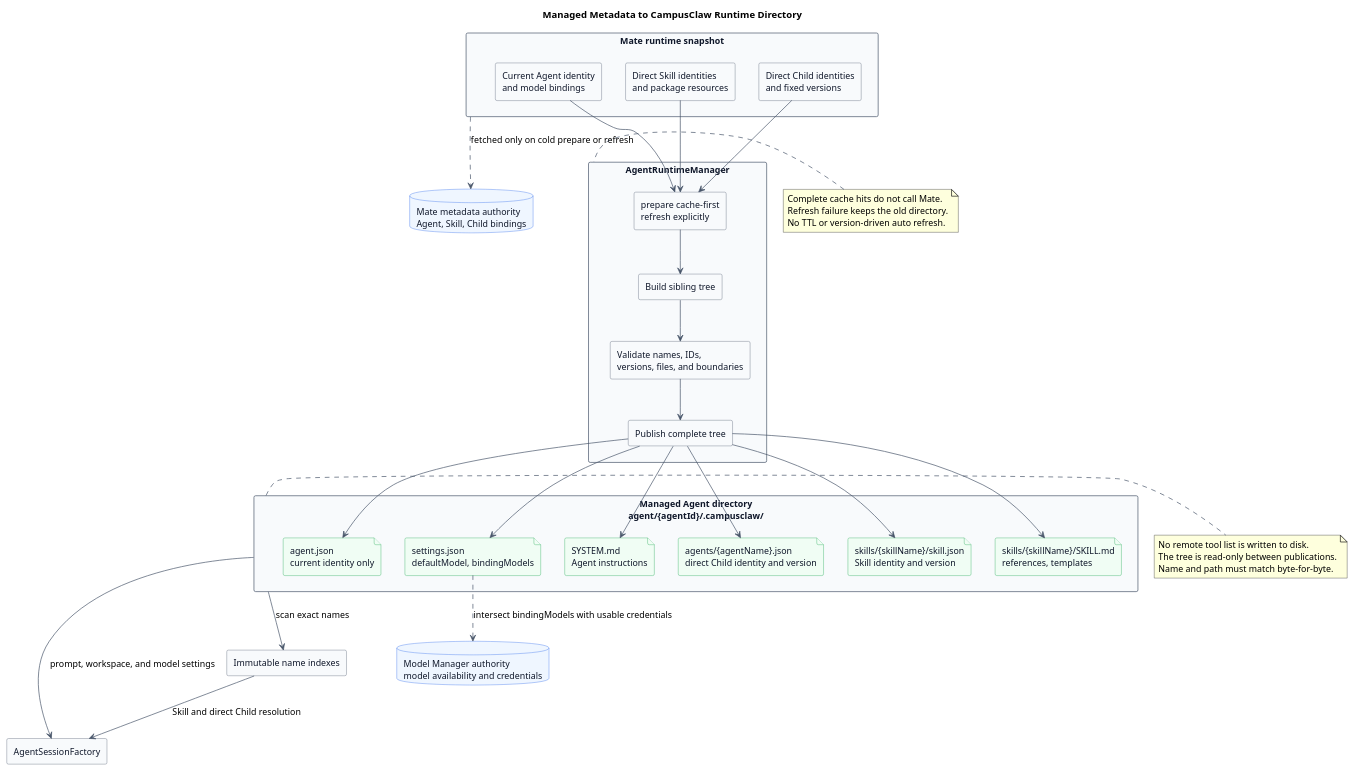
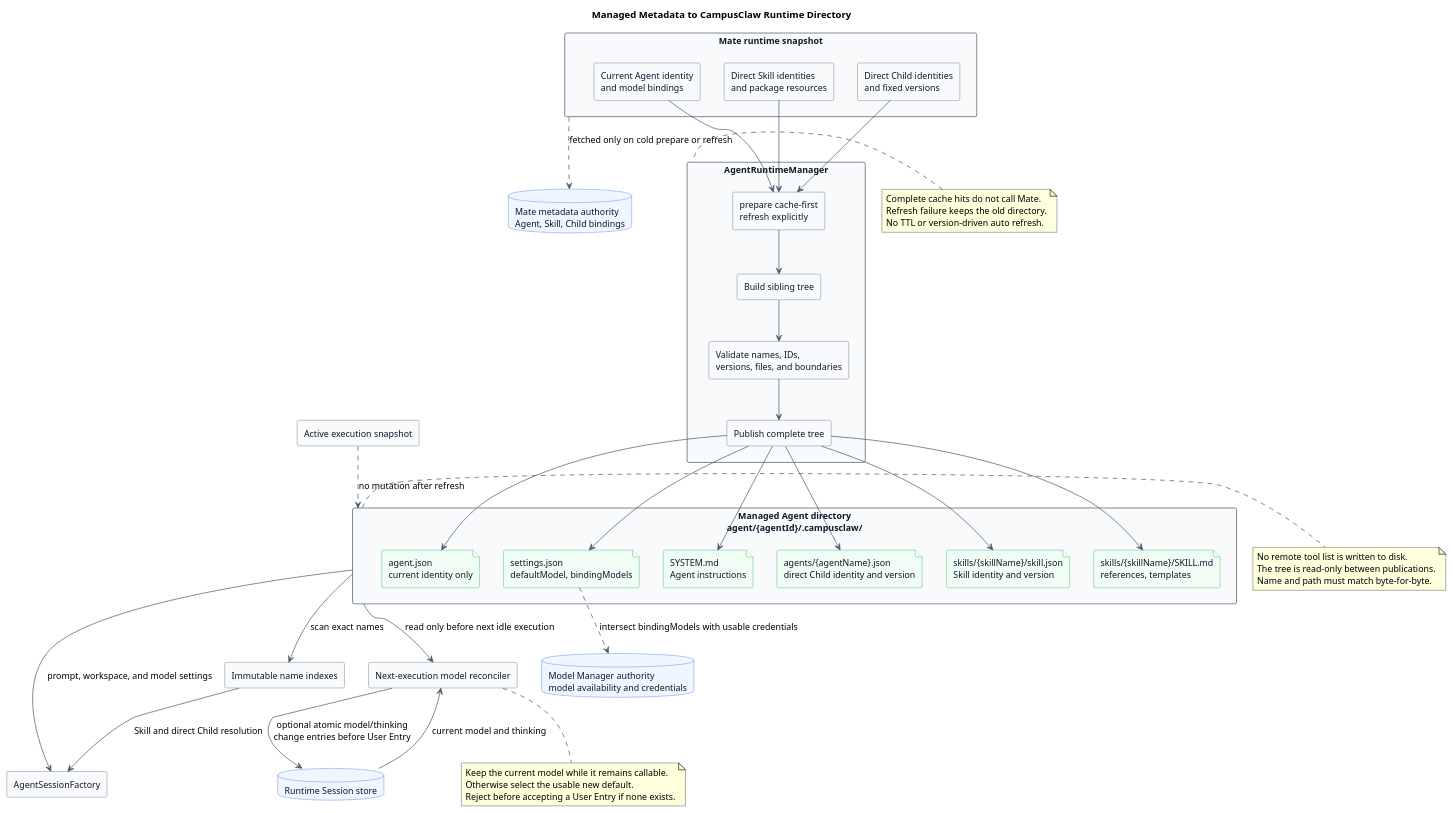
Before and after one commit to ssm0808/pi-mono-java-design: the diagram in pi-mono-java-manager-driven-multi-agent-runtime/diagrams/metadata/diagram.puml, drawn with PlantUML. The commit also changed 36 other files, not shown here.

Commit message:
docs(runtime): 修订 TUI 删除边界与公共 Session 能力

```diff
--- a/pi-mono-java-manager-driven-multi-agent-runtime/diagrams/metadata/diagram.puml
+++ b/pi-mono-java-manager-driven-multi-agent-runtime/diagrams/metadata/diagram.puml
@@ -1,90 +1,104 @@
 @startuml metadata_runtime_directory_mapping
 title Managed Metadata to CampusClaw Runtime Directory
 
-' Source evidence (CampusClaw d649866a6cae967ace18ceaeb9597edd47e5721e):
+' Source evidence (CampusClaw PR 167 f60cc3e78bb8b700527ac082c7c8e10524ede095):
 ' modules/coding-agent-cli/src/main/java/com/campusclaw/codingagent/runtime/AgentRuntimeManager.java, prepare and materialize.
 ' modules/coding-agent-cli/src/main/java/com/campusclaw/codingagent/runtimeapi/agent/FileAgentDirectoryResolver.java, resolve.
 ' Observed behavior: the Java baseline has two file contracts and materializes the legacy CLI tree in place.
 ' Architecture change: one managed tree serves Runtime, Cron, and Child entry points.
 ' Security hardening: a complete sibling tree is validated before publication.
 ' Design reason: sessions consume immutable identity indexes and never persist remote tool lists.
+' Architecture change: refresh publishes metadata only; the next idle execution reconciles its model.
 
 skinparam backgroundColor #FFFFFF
 skinparam shadowing false
 skinparam defaultFontName Arial
 skinparam defaultFontSize 13
 skinparam rectangle {
   BackgroundColor #F8FAFC
   BorderColor #475569
   FontColor #0F172A
 }
 skinparam database {
   BackgroundColor #EFF6FF
   BorderColor #2563EB
   FontColor #0F172A
 }
 skinparam file {
   BackgroundColor #F0FDF4
   BorderColor #16A34A
   FontColor #0F172A
 }
 skinparam ArrowColor #475569
 
 rectangle "Mate runtime snapshot" as Input {
   rectangle "Current Agent identity\nand model bindings" as AgentMetadata
   rectangle "Direct Skill identities\nand package resources" as SkillMetadata
   rectangle "Direct Child identities\nand fixed versions" as ChildMetadata
 }
 
 rectangle "AgentRuntimeManager" as Manager {
   rectangle "prepare cache-first\nrefresh explicitly" as Resolve
   rectangle "Build sibling tree" as Build
   rectangle "Validate names, IDs,\nversions, files, and boundaries" as Validate
   rectangle "Publish complete tree" as Publish
 }
 
 rectangle "Managed Agent directory\nagent/{agentId}/.campusclaw/" as AgentDirectory {
   file "agent.json\ncurrent identity only" as AgentFile
   file "settings.json\ndefaultModel, bindingModels" as SettingsFile
   file "SYSTEM.md\nAgent instructions" as SystemFile
   file "agents/{agentName}.json\ndirect Child identity and version" as ChildFile
   file "skills/{skillName}/skill.json\nSkill identity and version" as SkillIdentityFile
   file "skills/{skillName}/SKILL.md\nreferences, templates" as SkillPackage
 }
 
 database "Mate metadata authority\nAgent, Skill, Child bindings" as MateAuthority
 database "Model Manager authority\nmodel availability and credentials" as ModelManager
 rectangle "AgentSessionFactory" as SessionFactory
 rectangle "Immutable name indexes" as Indexes
+database "Runtime Session store" as SessionStore
+rectangle "Next-execution model reconciler" as Reconciler
+rectangle "Active execution snapshot" as ActiveSnapshot
 
 AgentMetadata --> Resolve
 SkillMetadata --> Resolve
 ChildMetadata --> Resolve
 Resolve --> Build
 Build --> Validate
 Validate --> Publish
 Publish --> AgentFile
 Publish --> SettingsFile
 Publish --> SystemFile
 Publish --> ChildFile
 Publish --> SkillIdentityFile
 Publish --> SkillPackage
 
 Input ..> MateAuthority : fetched only on cold prepare or refresh
 SettingsFile ..> ModelManager : intersect bindingModels with usable credentials
 AgentDirectory --> Indexes : scan exact names
 Indexes --> SessionFactory : Skill and direct Child resolution
 AgentDirectory --> SessionFactory : prompt, workspace, and model settings
+AgentDirectory --> Reconciler : read only before next idle execution
+SessionStore --> Reconciler : current model and thinking
+Reconciler --> SessionStore : optional atomic model/thinking\nchange entries before User Entry
+ActiveSnapshot ..> AgentDirectory : no mutation after refresh
 
 note right of AgentDirectory
 No remote tool list is written to disk.
 The tree is read-only between publications.
 Name and path must match byte-for-byte.
 end note
 
 note left of Manager
 Complete cache hits do not call Mate.
 Refresh failure keeps the old directory.
 No TTL or version-driven auto refresh.
 end note
+
+note bottom of Reconciler
+Keep the current model while it remains callable.
+Otherwise select the usable new default.
+Reject before accepting a User Entry if none exists.
+end note
 @enduml
```
